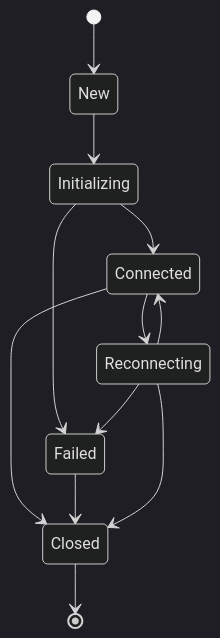
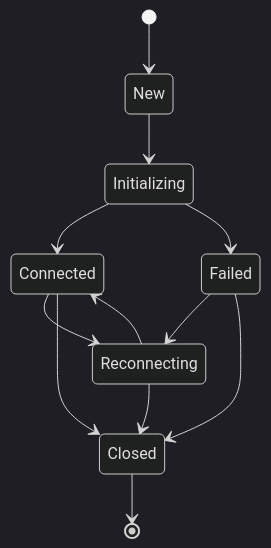
One commit to edaniels/graft changed the fourth of 7 diagrams in docs/architecture.md. Above: the diagram before and after it, drawn with Mermaid (dark theme). The commit also changed other lines of this file and 2 other files, not shown here.

Commit message:
conn: reconnect daemon even when it is in the failed state (#13)

````diff
--- a/docs/architecture.md
+++ b/docs/architecture.md
@@ -109,14 +109,14 @@
 ```mermaid
 stateDiagram-v2
     [*] --> New
     New --> Initializing
     Initializing --> Connected
     Initializing --> Failed
     Connected --> Reconnecting
+    Failed --> Reconnecting
     Reconnecting --> Connected
-    Reconnecting --> Failed
     Connected --> Closed
     Failed --> Closed
     Reconnecting --> Closed
     Closed --> [*]
 ```
````
